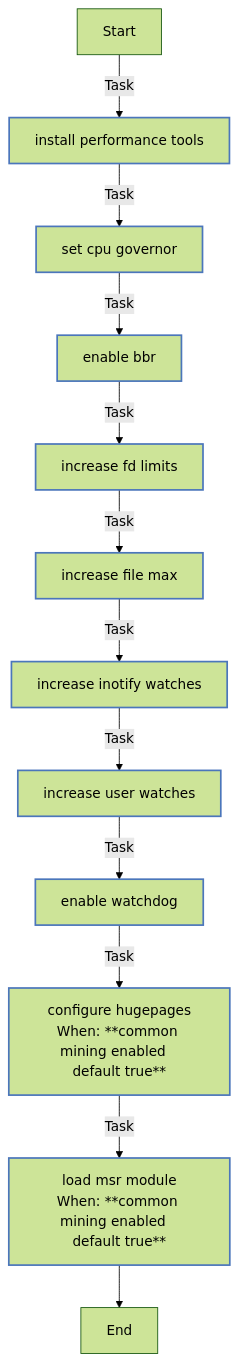
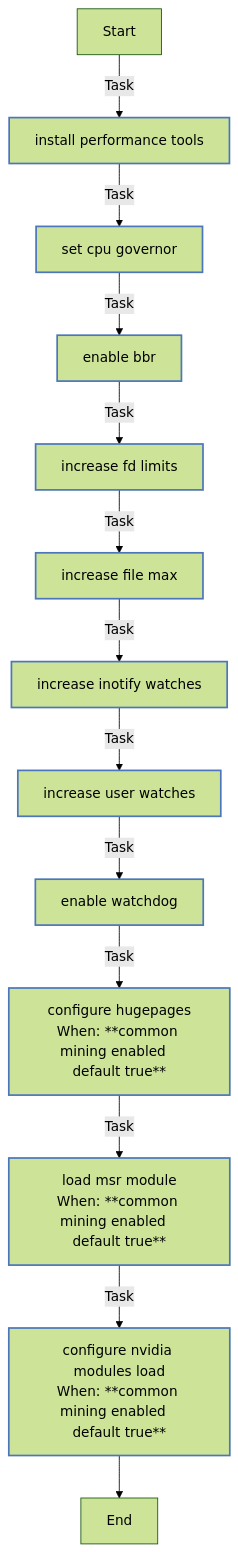
Before and after one commit to rou-cru/k3s-homelab: the ninth of 9 diagrams in roles/common/README.md, drawn with Mermaid (forest theme). The commit also changed other lines of this file and 8 other files, not shown here.

````diff
--- a/roles/common/README.md
+++ b/roles/common/README.md
@@ -531,24 +623,25 @@
 ```mermaid
 flowchart TD
 Start
 classDef block stroke:#3498db,stroke-width:2px;
 classDef task stroke:#4b76bb,stroke-width:2px;
 classDef includeTasks stroke:#16a085,stroke-width:2px;
 classDef importTasks stroke:#34495e,stroke-width:2px;
 classDef includeRole stroke:#2980b9,stroke-width:2px;
 classDef importRole stroke:#699ba7,stroke-width:2px;
 classDef includeVars stroke:#8e44ad,stroke-width:2px;
 classDef rescue stroke:#665352,stroke-width:2px;
 
   Start-->|Task| Install_performance_tools0[install performance tools]:::task
   Install_performance_tools0-->|Task| Set_CPU_governor1[set cpu governor]:::task
   Set_CPU_governor1-->|Task| Enable_BBR2[enable bbr]:::task
   Enable_BBR2-->|Task| Increase_FD_limits3[increase fd limits]:::task
   Increase_FD_limits3-->|Task| Increase_file_max4[increase file max]:::task
   Increase_file_max4-->|Task| Increase_inotify_watches5[increase inotify watches]:::task
   Increase_inotify_watches5-->|Task| Increase_user_watches6[increase user watches]:::task
   Increase_user_watches6-->|Task| Enable_watchdog7[enable watchdog]:::task
   Enable_watchdog7-->|Task| Configure_hugepages8[configure hugepages<br>When: **common mining enabled   default true**]:::task
   Configure_hugepages8-->|Task| Load_MSR_module9[load msr module<br>When: **common mining enabled   default true**]:::task
-  Load_MSR_module9-->End
+  Load_MSR_module9-->|Task| Configure_Nvidia_modules_load10[configure nvidia modules load<br>When: **common mining enabled   default true**]:::task
+  Configure_Nvidia_modules_load10-->End
 ```
````
